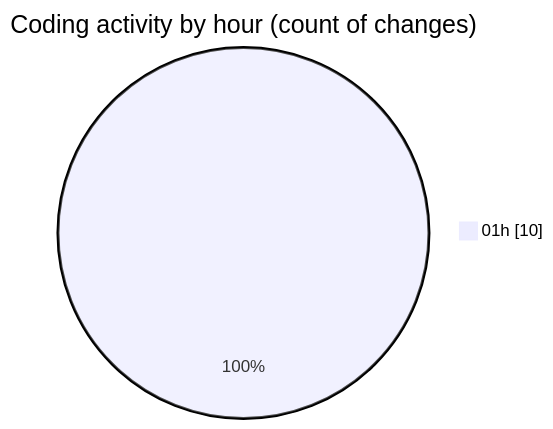
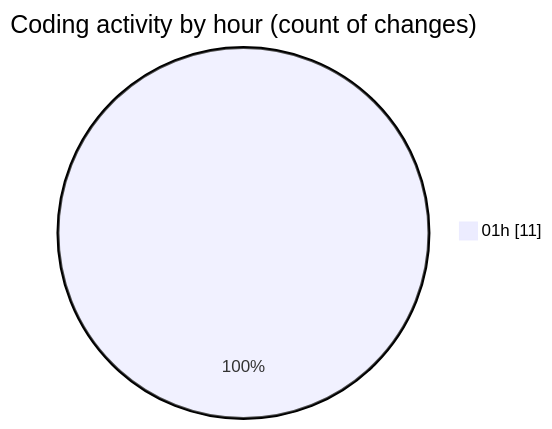
Before and after one commit to JenPaints/code-tracking: the second of 2 diagrams in 2025-06-20/3d-gsap-scroll-template-main/README.md, drawn with Mermaid. The commit also changed other lines of this file and 1 other file, not shown here.

````diff
--- a/2025-06-20/3d-gsap-scroll-template-main/README.md
+++ b/2025-06-20/3d-gsap-scroll-template-main/README.md
@@ -30,5 +30,5 @@
 ```mermaid
 pie showData
 title Coding activity by hour (count of changes)
-"01h" : 10
+"01h" : 11
 ```
````
